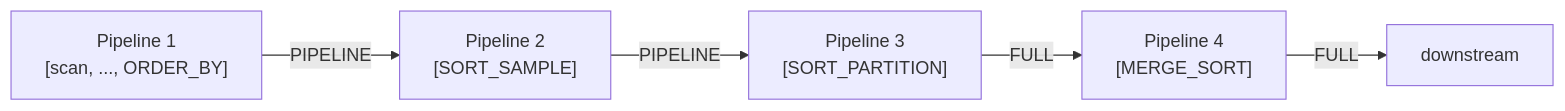
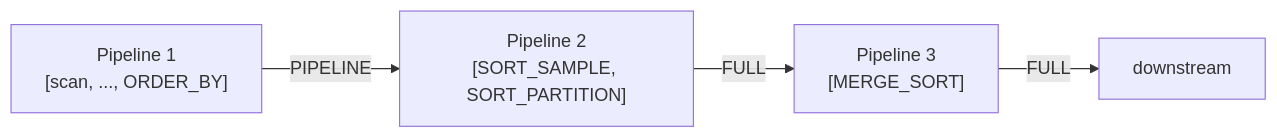
Before and after one commit to sirius-db/sirius: the seventh of 12 diagrams in docs/super-sirius/physical-plan-generation.md, drawn with Mermaid. The commit also changed other lines of this file and 5 other files, not shown here.

First line of the commit message:
docs: refresh Super Sirius docs for AST migration, DuckDB-native scan, S3, and sort pipeline (#878)

````diff
--- a/docs/super-sirius/physical-plan-generation.md
+++ b/docs/super-sirius/physical-plan-generation.md
@@ -280,7 +282,6 @@
 ```mermaid
 graph LR
-    P1["Pipeline 1<br/>[scan, ..., ORDER_BY]"] -->|"PIPELINE"| P2["Pipeline 2<br/>[SORT_SAMPLE]"]
-    P2 -->|"PIPELINE"| P3["Pipeline 3<br/>[SORT_PARTITION]"]
-    P3 -->|"FULL"| P4["Pipeline 4<br/>[MERGE_SORT]"]
-    P4 -->|"FULL"| DS["downstream"]
+    P1["Pipeline 1<br/>[scan, ..., ORDER_BY]"] -->|"PIPELINE"| P2["Pipeline 2<br/>[SORT_SAMPLE, SORT_PARTITION]"]
+    P2 -->|"FULL"| P3["Pipeline 3<br/>[MERGE_SORT]"]
+    P3 -->|"FULL"| DS["downstream"]
 ```
````
